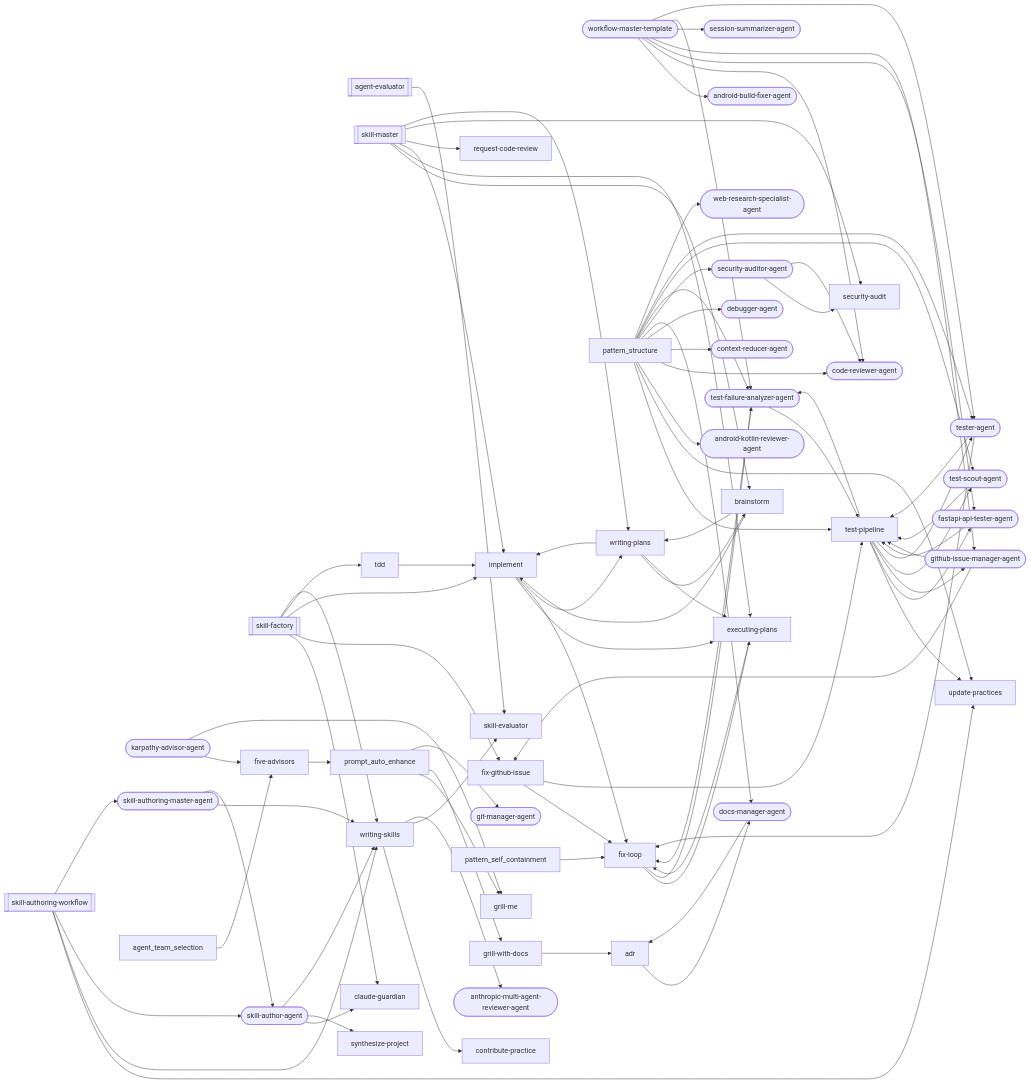
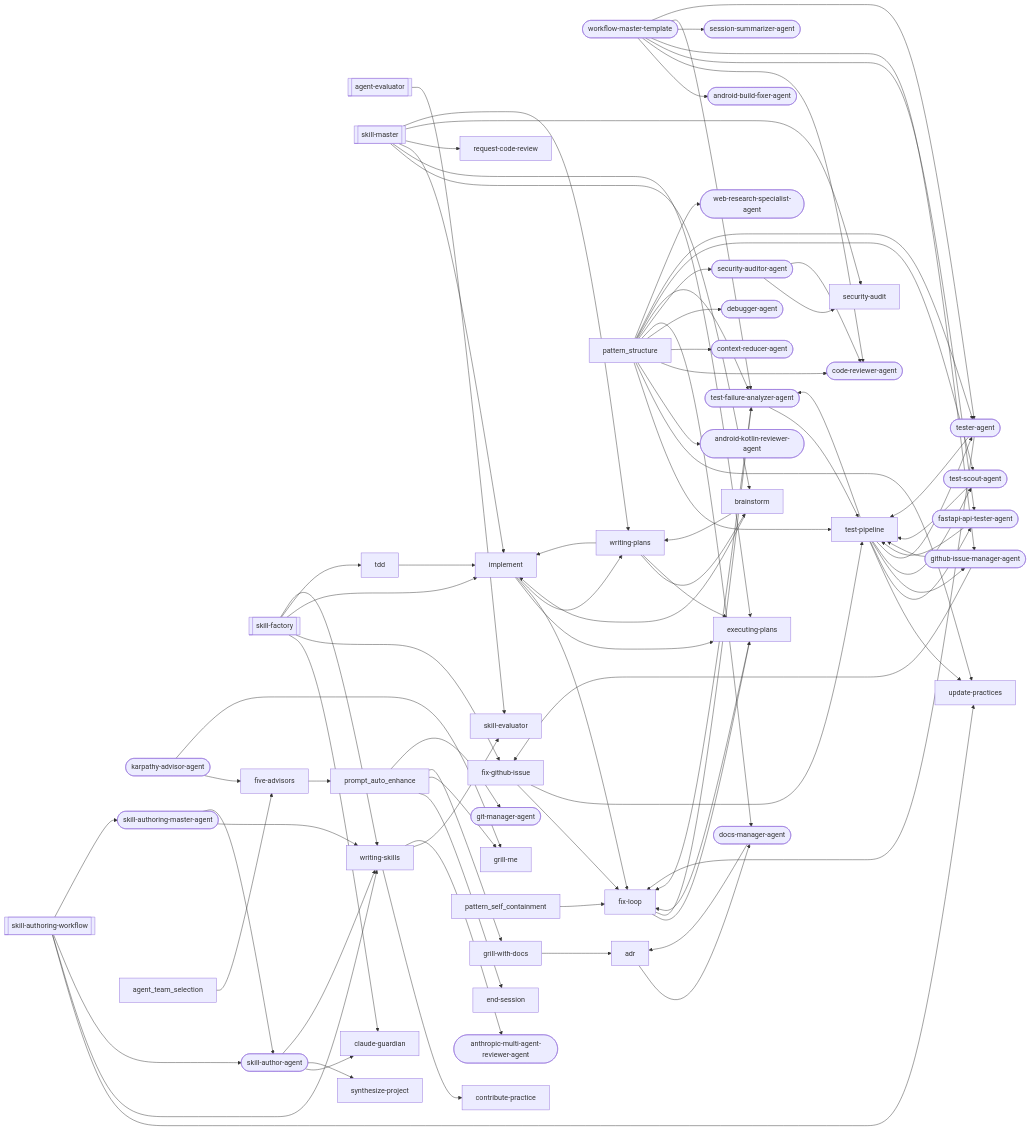
Before and after one commit to abhayla/claude-best-practices: the third of 30 diagrams in docs/workflows/skill-authoring.md, drawn with Mermaid. The commit also changed other lines of this file and 20 other files, not shown here.

```diff
--- a/docs/workflows/skill-authoring.md
+++ b/docs/workflows/skill-authoring.md
@@ -749,6 +770,7 @@
     contribute_practice["contribute-practice"]
     debugger_agent(["debugger-agent"])
     docs_manager_agent(["docs-manager-agent"])
+    end_session["end-session"]
     executing_plans["executing-plans"]
     fastapi_api_tester_agent(["fastapi-api-tester-agent"])
     five_advisors["five-advisors"]
@@ -790,6 +812,7 @@
     implement --> executing_plans
     implement --> fix_loop
     implement --> writing_plans
+    prompt_auto_enhance --> end_session
     prompt_auto_enhance --> grill_me
     prompt_auto_enhance --> grill_with_docs
     prompt_auto_enhance --> git_manager_agent
```
